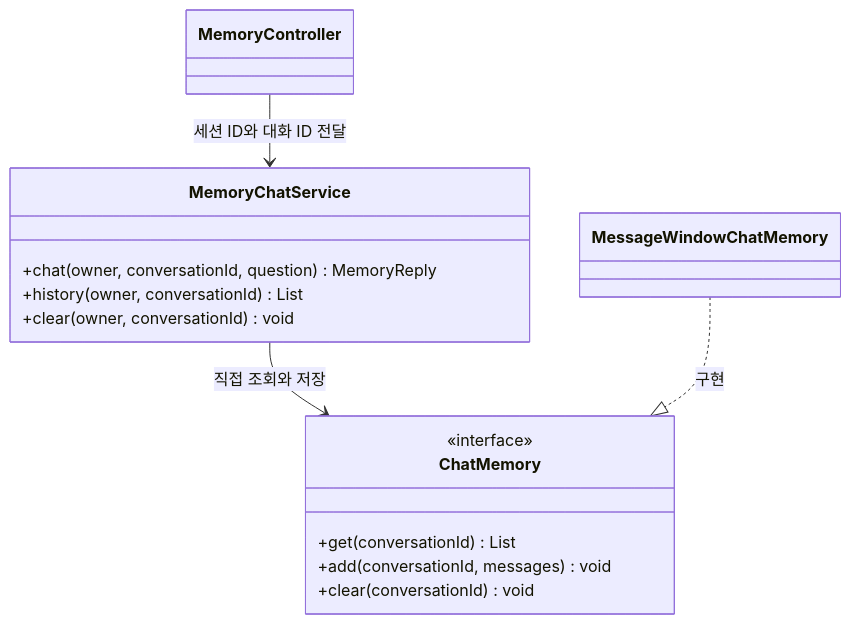
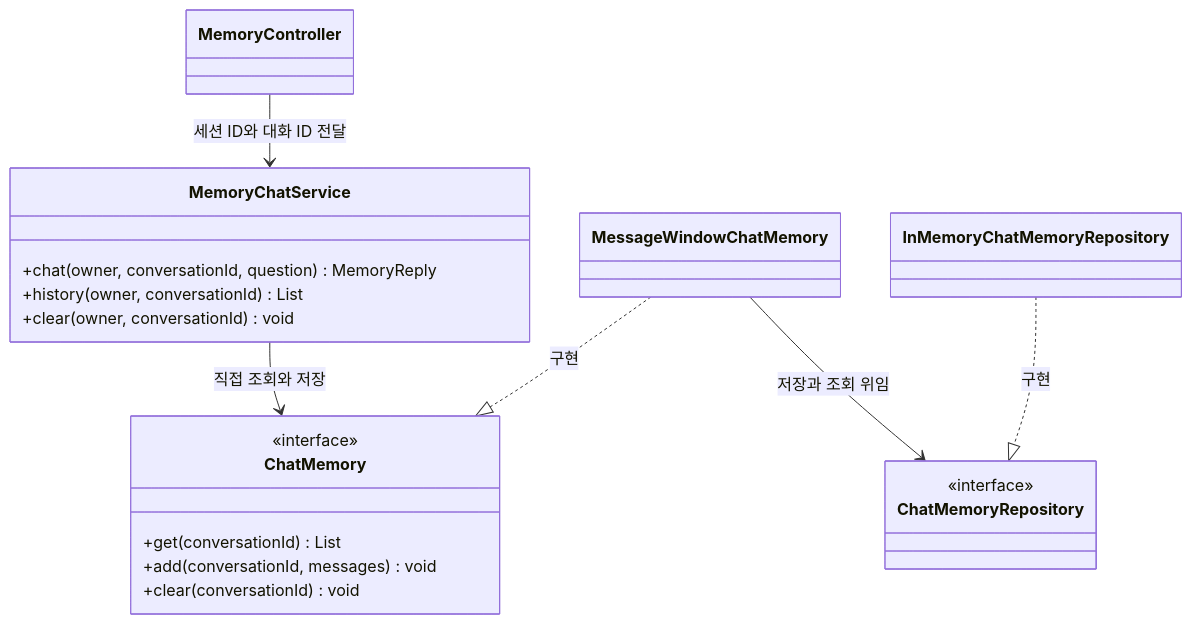
The diagram in Spring-AI-Agent-Learning/docs/lessons/07-chat-memory/01-messages.md (Justin-ad-Park/SpringShoppingAI), drawn with Mermaid before and after one commit. The commit also changed other lines of this file and 13 other files, not shown here.

````diff
--- a/Spring-AI-Agent-Learning/docs/lessons/07-chat-memory/01-messages.md
+++ b/Spring-AI-Agent-Learning/docs/lessons/07-chat-memory/01-messages.md
@@ -35,19 +38,25 @@
 ```mermaid
 classDiagram
     class MemoryController
     class MemoryChatService {
         +chat(owner, conversationId, question) MemoryReply
         +history(owner, conversationId) List
         +clear(owner, conversationId) void
     }
     class ChatMemory {
         <<interface>>
         +get(conversationId) List
         +add(conversationId, messages) void
         +clear(conversationId) void
     }
     class MessageWindowChatMemory
+    class ChatMemoryRepository {
+        <<interface>>
+    }
+    class InMemoryChatMemoryRepository
     MemoryController --> MemoryChatService : 세션 ID와 대화 ID 전달
     MemoryChatService --> ChatMemory : 직접 조회와 저장
     MessageWindowChatMemory ..|> ChatMemory : 구현
+    MessageWindowChatMemory --> ChatMemoryRepository : 저장과 조회 위임
+    InMemoryChatMemoryRepository ..|> ChatMemoryRepository : 구현
 ```
````
